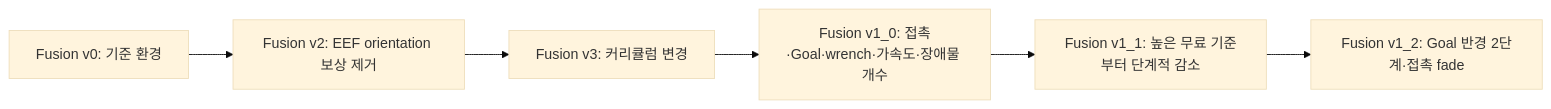
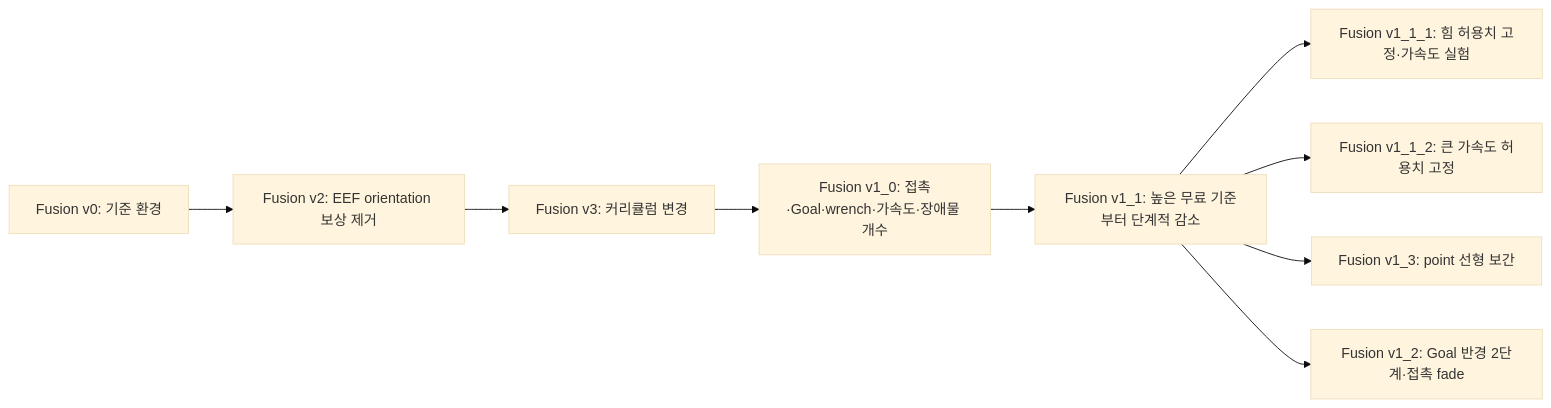
One commit to 7cmdehdrb/Contact-Rich-Manipulation-Context changed the diagram in 02_implementation/environments/CONTACT_SWEEP_CLUTTER_FUSION_VERSIONS.md. Above: the diagram before and after it, drawn with Mermaid (base theme). The commit also changed other lines of this file and 11 other files, not shown here.

````diff
--- a/02_implementation/environments/CONTACT_SWEEP_CLUTTER_FUSION_VERSIONS.md
+++ b/02_implementation/environments/CONTACT_SWEEP_CLUTTER_FUSION_VERSIONS.md
@@ -9,8 +9,11 @@
 ```mermaid
 flowchart LR
     V0["Fusion v0: 기준 환경"] --> V2["Fusion v2: EEF orientation 보상 제거"]
     V2 --> V3["Fusion v3: 커리큘럼 변경"]
     V3 --> V10["Fusion v1_0: 접촉·Goal·wrench·가속도·장애물 개수"]
     V10 --> V11["Fusion v1_1: 높은 무료 기준부터 단계적 감소"]
+    V11 --> V111["Fusion v1_1_1: 힘 허용치 고정·가속도 실험"]
+    V11 --> V112["Fusion v1_1_2: 큰 가속도 허용치 고정"]
+    V11 --> V13["Fusion v1_3: point 선형 보간"]
     V11 --> V12["Fusion v1_2: Goal 반경 2단계·접촉 fade"]
 ```
````
